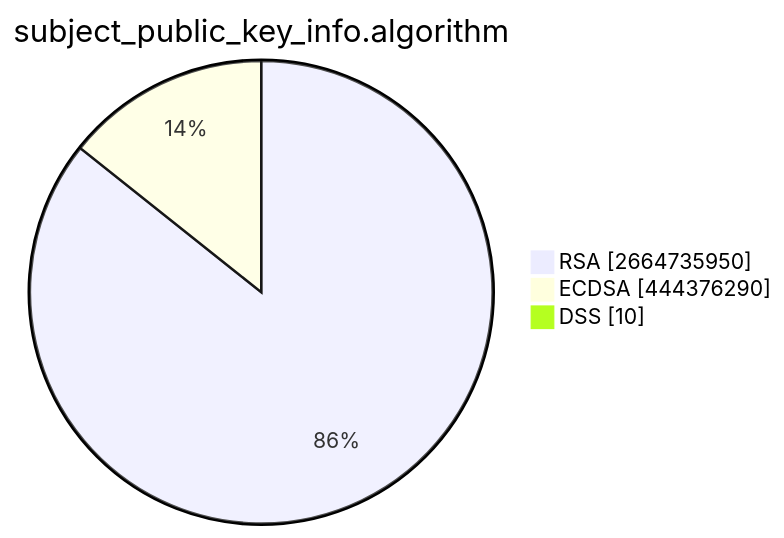
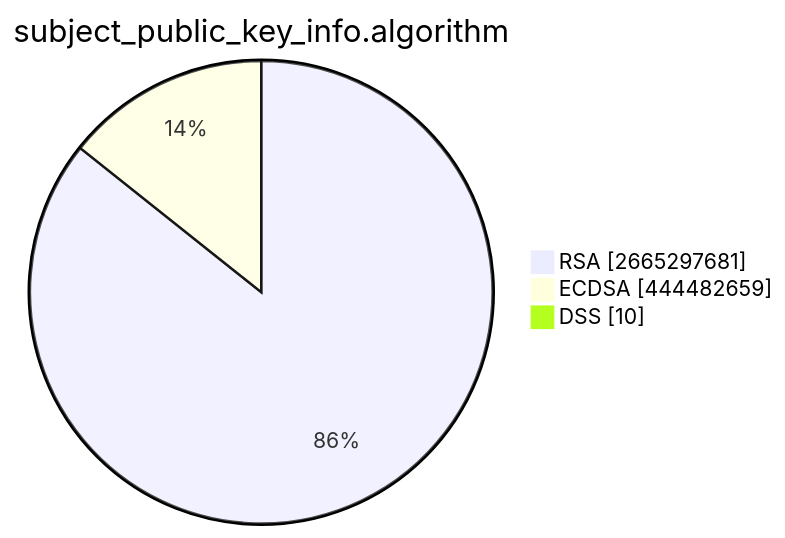
One commit to christiankrug/ctmonitor_visualization changed the second of 15 diagrams in TOTAL/README.md. Above: the diagram before and after it, drawn with Mermaid. The commit also changed other lines of this file, not shown here.

````diff
--- a/TOTAL/README.md
+++ b/TOTAL/README.md
@@ -6,7 +6,7 @@
 ```mermaid
 pie showData
 title subject_public_key_info.algorithm
-"RSA" :2664735950
-"ECDSA" :444376290
+"RSA" :2665297681
+"ECDSA" :444482659
 "DSS" :10
 ```
````
